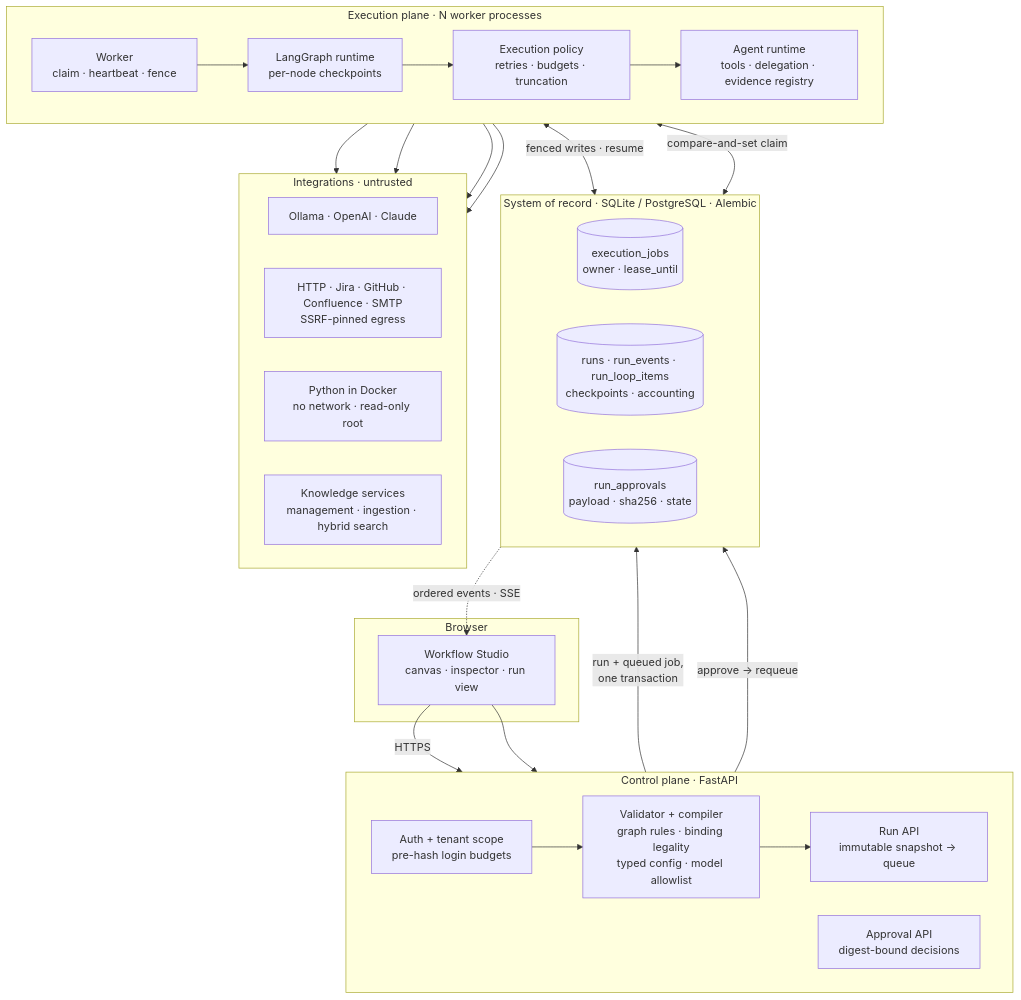
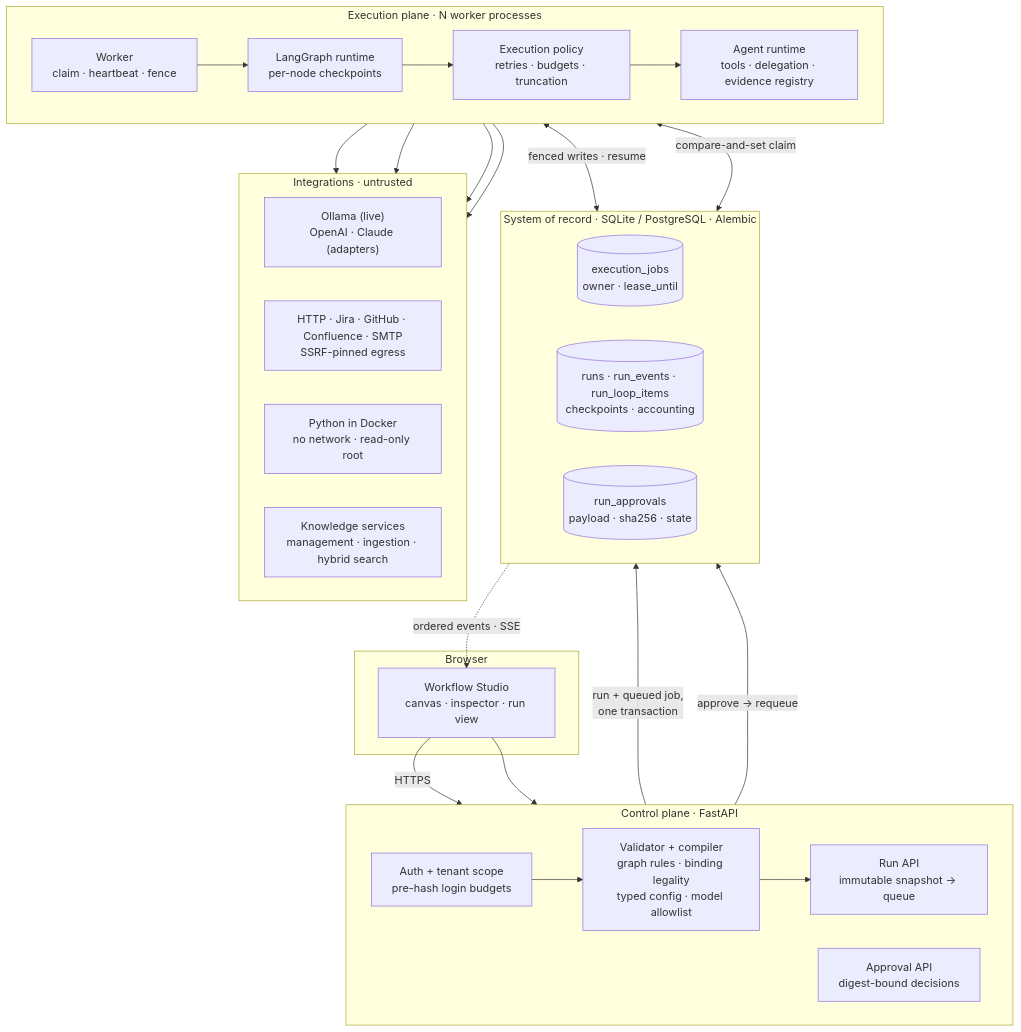
One commit to SoumithReddy6/Enterprise-No-Code-Agentic-AI-Workflow-Platform changed the first of 3 diagrams in README.md. Above: the diagram before and after it, drawn with Mermaid. The commit also changed other lines of this file and 21 other files, not shown here.

````diff
--- a/README.md
+++ b/README.md
@@ -21,48 +31,48 @@
 ```mermaid
 flowchart TB
     subgraph CLIENT["Browser"]
         STUDIO["Workflow Studio<br/>canvas · inspector · run view"]
     end
 
     subgraph CONTROL["Control plane · FastAPI"]
         direction LR
         AUTHN["Auth + tenant scope<br/>pre-hash login budgets"]
         VALIDATE["Validator + compiler<br/>graph rules · binding legality<br/>typed config · model allowlist"]
         RUNAPI["Run API<br/>immutable snapshot → queue"]
         APPROVE["Approval API<br/>digest-bound decisions"]
         AUTHN --> VALIDATE --> RUNAPI
     end
 
     subgraph DATA["System of record · SQLite / PostgreSQL · Alembic"]
         direction LR
         JOBS[("execution_jobs<br/>owner · lease_until")]
         RUNS[("runs · run_events · run_loop_items<br/>checkpoints · accounting")]
         APPR[("run_approvals<br/>payload · sha256 · state")]
     end
 
     subgraph EXEC["Execution plane · N worker processes"]
         direction LR
         WORKER["Worker<br/>claim · heartbeat · fence"]
         GRAPH["LangGraph runtime<br/>per-node checkpoints"]
         POLICY["Execution policy<br/>retries · budgets · truncation"]
         AGENT["Agent runtime<br/>tools · delegation · evidence registry"]
         WORKER --> GRAPH --> POLICY --> AGENT
     end
 
     subgraph EDGE["Integrations · untrusted"]
         direction LR
-        MODELS["Ollama · OpenAI · Claude"]
+        MODELS["Ollama (live)<br/>OpenAI · Claude (adapters)"]
         TOOLS["HTTP · Jira · GitHub · Confluence · SMTP<br/>SSRF-pinned egress"]
         SANDBOX["Python in Docker<br/>no network · read-only root"]
         KB["Knowledge services<br/>management · ingestion · hybrid search"]
     end
 
     STUDIO -->|"HTTPS"| AUTHN
     STUDIO --> APPROVE
     RUNAPI -->|"run + queued job,<br/>one transaction"| JOBS
     APPROVE -->|"approve → requeue"| APPR
     JOBS <-->|"compare-and-set claim"| WORKER
     GRAPH <-->|"fenced writes · resume"| RUNS
     AGENT --> MODELS & TOOLS & SANDBOX & KB
     RUNS -.->|"ordered events · SSE"| STUDIO
 ```
````
